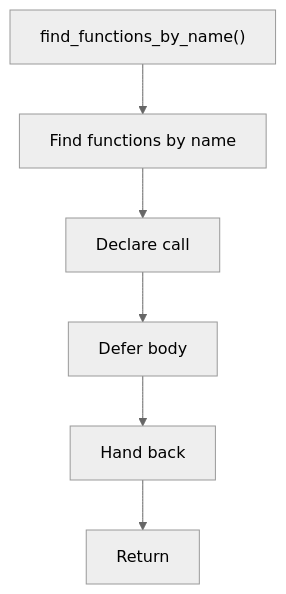
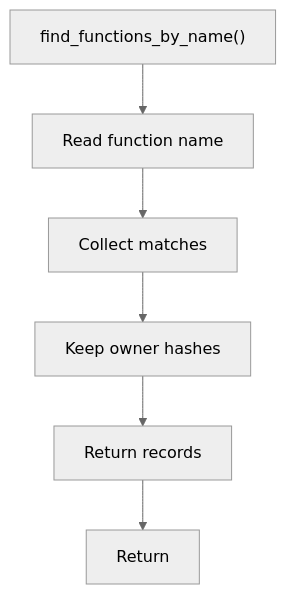
One commit to JohnAndrewBalbarosa/NeoTerritory changed the diagram in docs/Codebase/Microservice/Modules/Header/Analysis/ImplementationUse/Binding/Symbols/Flow/functions/find_functions_by_name.hpp.md. Above: the diagram before and after it, drawn with Mermaid (neutral theme). The commit also changed other lines of this file and 147 other files, not shown here.

````diff
--- a/docs/Codebase/Microservice/Modules/Header/Analysis/ImplementationUse/Binding/Symbols/Flow/functions/find_functions_by_name.hpp.md
+++ b/docs/Codebase/Microservice/Modules/Header/Analysis/ImplementationUse/Binding/Symbols/Flow/functions/find_functions_by_name.hpp.md
@@ -16,14 +22,14 @@
 ```mermaid
 flowchart TD
     Start["find_functions_by_name()"]
-    N0["Find functions by name"]
-    N1["Declare call"]
-    N2["Defer body"]
-    N3["Hand back"]
+    N0["Read function name"]
+    N1["Collect matches"]
+    N2["Keep owner hashes"]
+    N3["Return records"]
     End["Return"]
     Start --> N0
     N0 --> N1
     N1 --> N2
     N2 --> N3
     N3 --> End
 ```
````
